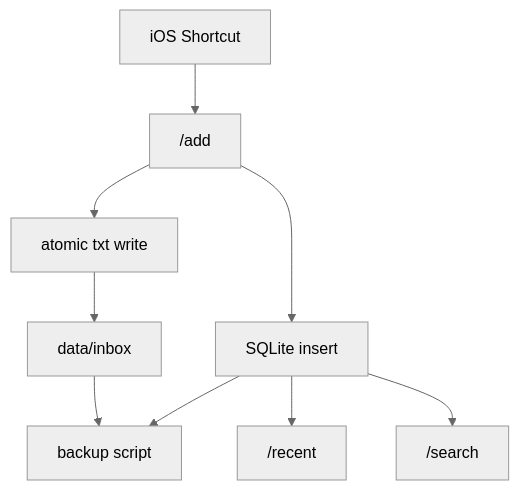
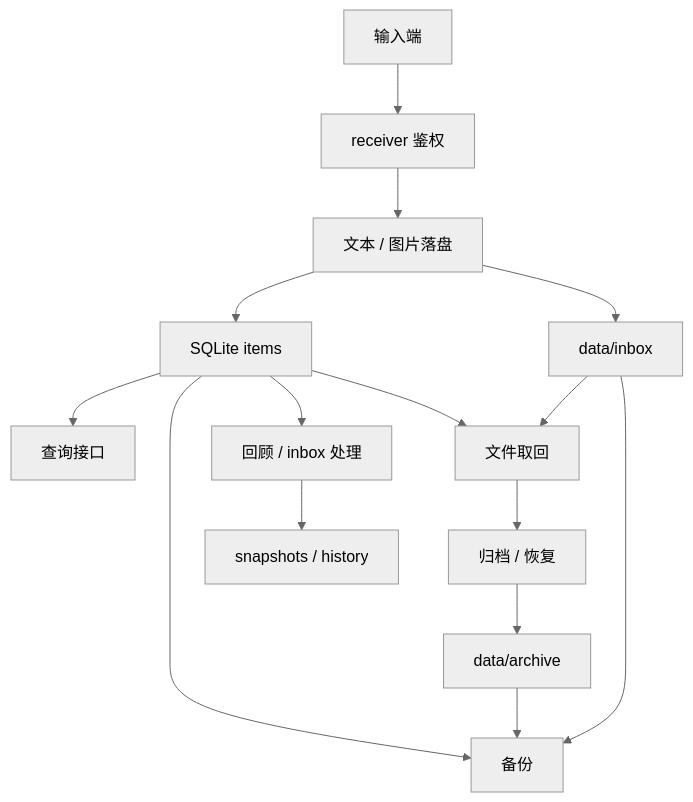
One commit to PengWeiTaing/Axiom changed the diagram in docs/AI_CONTEXT.md. Above: the diagram before and after it, drawn with Mermaid (neutral theme). The commit also changed other lines of this file and 6 other files, not shown here.

Commit message:
Update architecture governance docs

````diff
--- a/docs/AI_CONTEXT.md
+++ b/docs/AI_CONTEXT.md
@@ -80,11 +144,17 @@
 ```mermaid
 flowchart TD
-    A["iOS Shortcut"] --> B["/add"]
-    B --> C["atomic txt write"]
+    A["输入端"] --> B["receiver 鉴权"]
+    B --> C["文本 / 图片落盘"]
     C --> D["data/inbox"]
-    B --> E["SQLite insert"]
-    E --> F["/recent"]
-    E --> G["/search"]
-    D --> H["backup script"]
-    E --> H
+    C --> E["SQLite items"]
+    E --> F["查询接口"]
+    D --> G["文件取回"]
+    E --> G
+    G --> H["归档 / 恢复"]
+    H --> I["data/archive"]
+    D --> J["备份"]
+    I --> J
+    E --> J
+    E --> K["回顾 / inbox 处理"]
+    K --> L["snapshots / history"]
 ```
````
